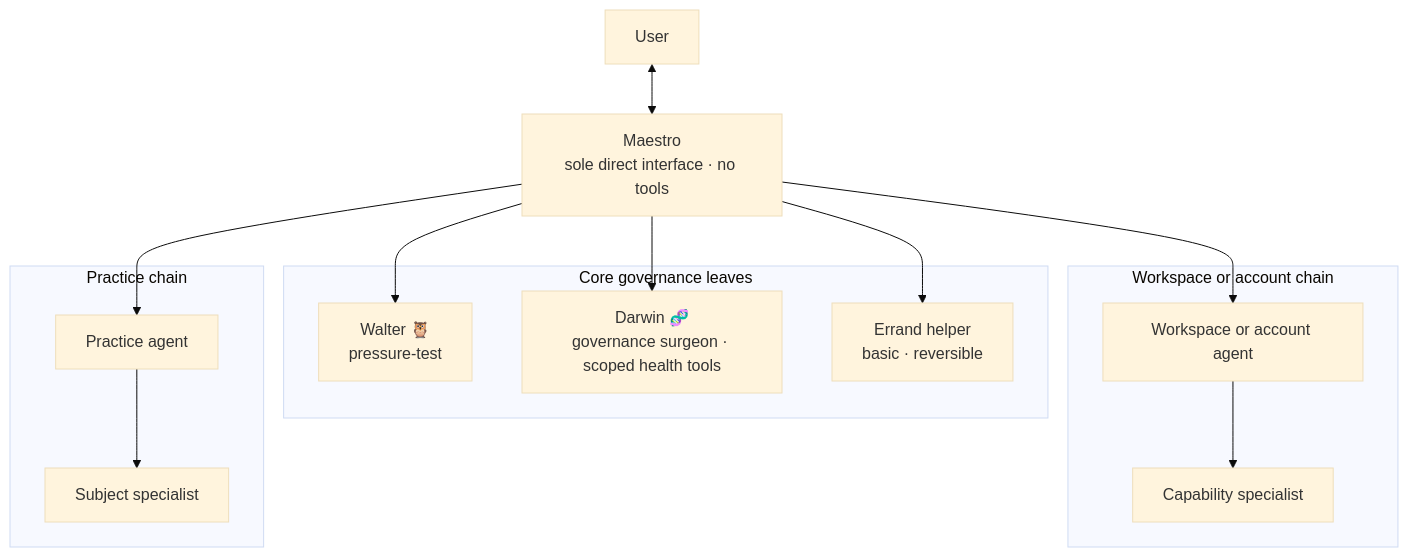
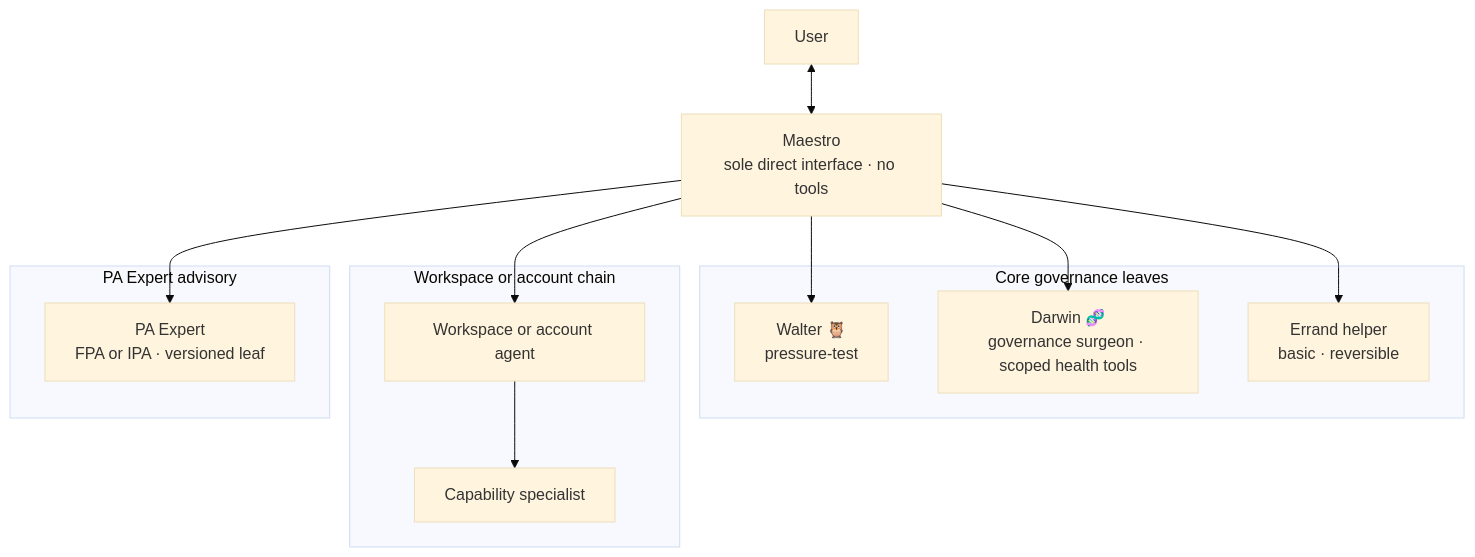
The first of 5 diagrams in docs/visualizations/maestro-agent-governance.md (agentic-os-brasil/bcg-brasil-agentic-os), drawn with Mermaid (base theme) before and after one commit. The commit also changed other lines of this file and 30 other files, not shown here.

Commit message:
feat(maestro): retire practice split brain and harden Darwin evolution

````diff
--- a/docs/visualizations/maestro-agent-governance.md
+++ b/docs/visualizations/maestro-agent-governance.md
@@ -16,24 +16,24 @@
 ```mermaid
 flowchart TB
     User["User"] <--> Maestro["Maestro<br/>sole direct interface · no tools"]
 
     subgraph Core["Core governance leaves"]
         Walter["Walter 🦉<br/>pressure-test"]
         Darwin["Darwin 🧬<br/>governance surgeon · scoped health tools"]
         Errand["Errand helper<br/>basic · reversible"]
     end
 
     subgraph WorkspaceChain["Workspace or account chain"]
         Workspace["Workspace or account agent"] --> Capability["Capability specialist"]
     end
 
-    subgraph PracticeChain["Practice chain"]
-        Practice["Practice agent"] --> Subject["Subject specialist"]
+    subgraph PracticeChain["PA Expert advisory"]
+        PAExpert["PA Expert<br/>FPA or IPA · versioned leaf"]
     end
 
     Maestro --> Walter
     Maestro --> Darwin
     Maestro --> Errand
     Maestro --> Workspace
-    Maestro --> Practice
+    Maestro --> PAExpert
 ```
````
